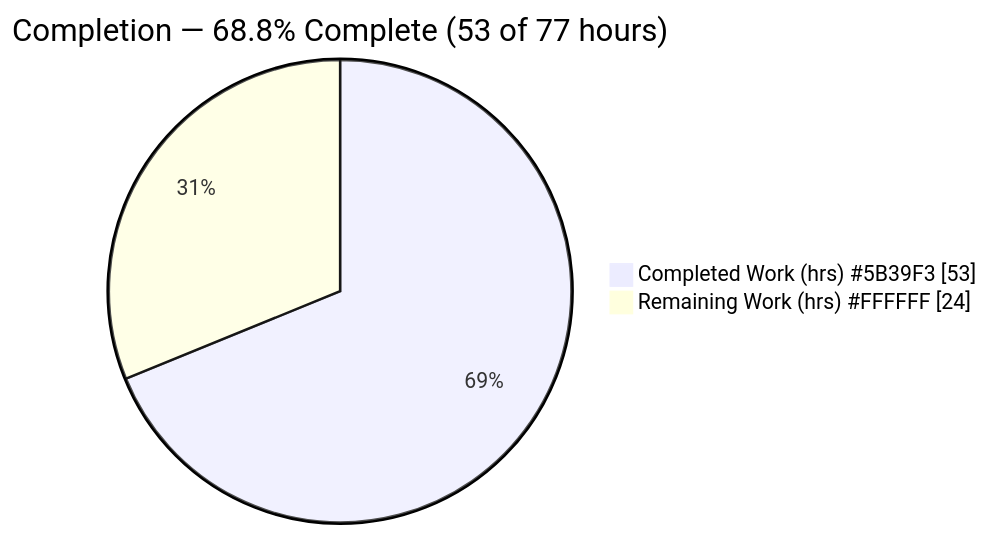
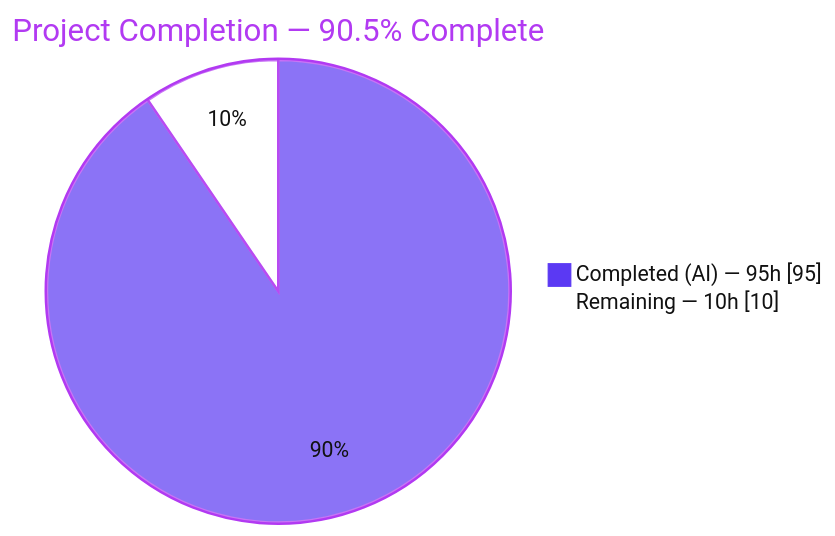
The first of 4 diagrams in blitzy/documentation/Project Guide.md (blitzy-public-samples/blitzy-kubernetes), drawn with Mermaid before and after one commit. The commit also changed other lines of this file, not shown here.

Commit message:
Adding Blitzy Project Guide: Project Status and Human Tasks Remaining

````diff
--- a/blitzy/documentation/Project Guide.md
+++ b/blitzy/documentation/Project Guide.md
@@ -15,5 +19,6 @@
 ```mermaid
-pie showData title Completion — 68.8% Complete (53 of 77 hours)
-    "Completed Work (hrs) #5B39F3" : 53
-    "Remaining Work (hrs) #FFFFFF" : 24
+%%{init: {'theme':'base','themeVariables':{'pie1':'#5B39F3','pie2':'#FFFFFF','pieStrokeColor':'#B23AF2','pieOuterStrokeColor':'#B23AF2','pieStrokeWidth':'2px','pieTitleTextColor':'#B23AF2','pieSectionTextColor':'#111111','pieLegendTextColor':'#111111'}}}%%
+pie showData title Project Completion — 90.5% Complete
+    "Completed (AI) — 95h" : 95
+    "Remaining — 10h" : 10
 ```
````
